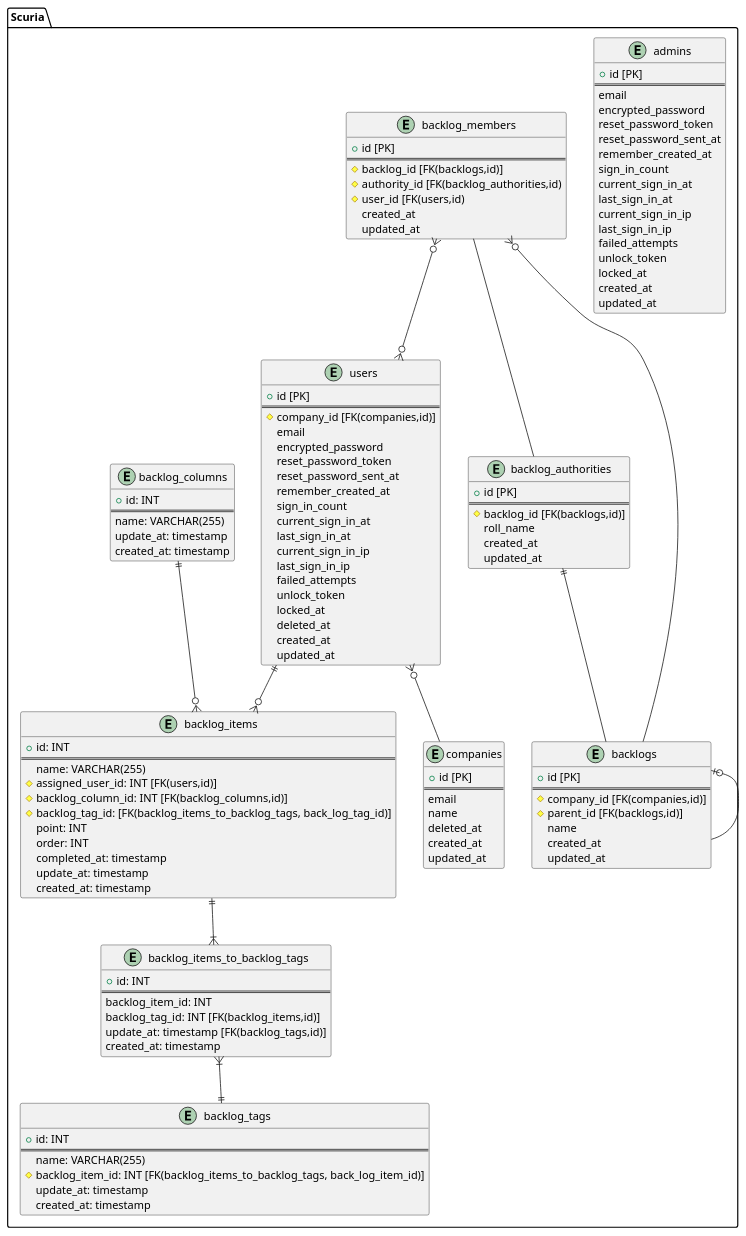
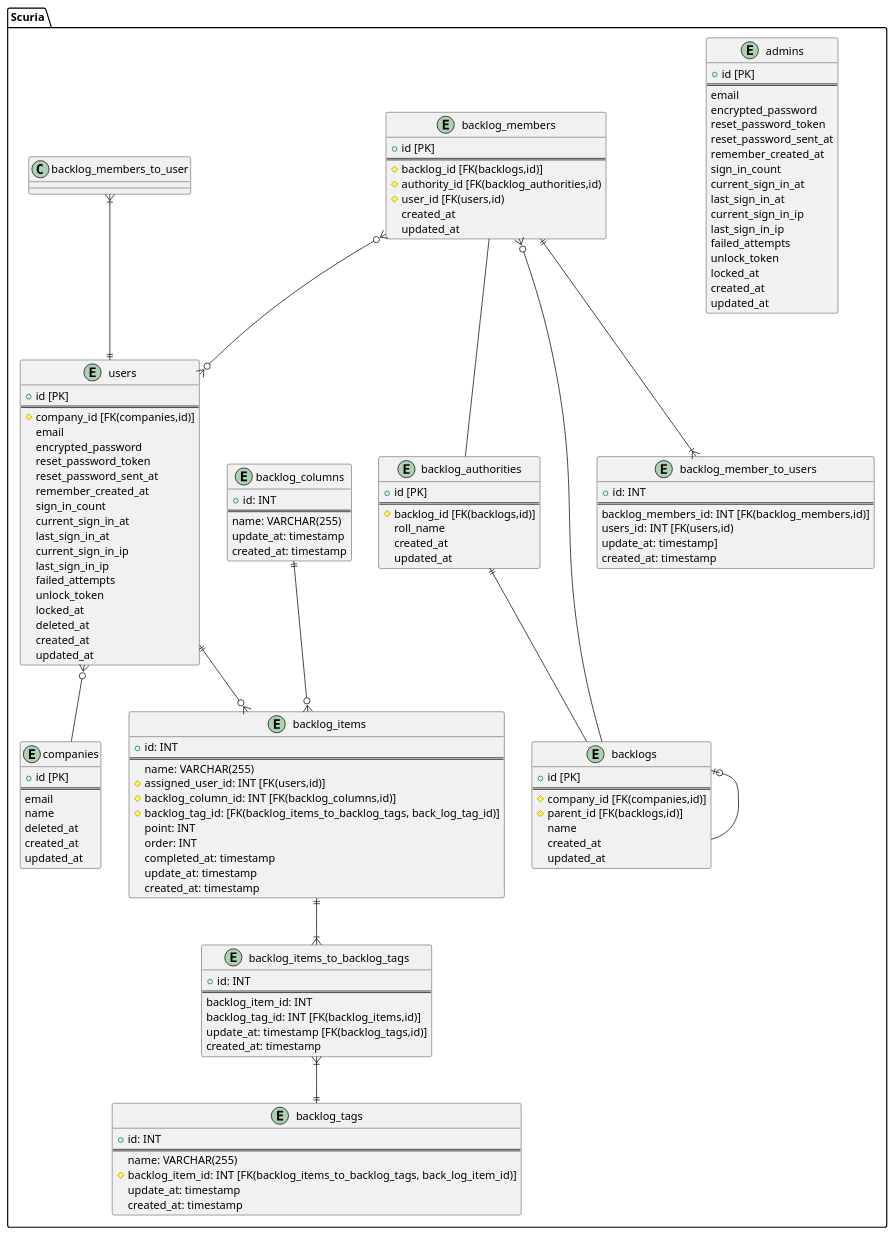
One commit to slill33/Scuria changed the diagram in docs/er.pu. Above: the diagram before and after it, drawn with PlantUML.

```diff
--- a/docs/er.pu
+++ b/docs/er.pu
@@ -1,150 +1,160 @@
 @startuml
 
 ' hide the spot
 ' hide circle
 
 ' avoid problems with angled crows feet
 ' skinparam linetype ortho
 
 
 package "Scuria" {
   entity "users" {
     + id [PK]
     ==
     # company_id [FK(companies,id)]
     email
     encrypted_password
     reset_password_token
     reset_password_sent_at
     remember_created_at
     sign_in_count
     current_sign_in_at
     last_sign_in_at
     current_sign_in_ip
     last_sign_in_ip
     failed_attempts
     unlock_token
     locked_at
     deleted_at
     created_at
     updated_at
   }
 
   entity "admins" {
     + id [PK]
     ==
     email
     encrypted_password
     reset_password_token
     reset_password_sent_at
     remember_created_at
     sign_in_count
     current_sign_in_at
     last_sign_in_at
     current_sign_in_ip
     last_sign_in_ip
     failed_attempts
     unlock_token
     locked_at
     created_at
     updated_at
   }
 
   entity "companies" {
     + id [PK]
     ==
     email
     name
     deleted_at
     created_at
     updated_at
   }
 
   entity "backlog_authorities" {
     + id [PK]
     ==
     # backlog_id [FK(backlogs,id)]
     roll_name
     created_at
     updated_at
   }
 
   entity "backlogs" {
     + id [PK]
     ==
     # company_id [FK(companies,id)]
     # parent_id [FK(backlogs,id)] 
     name
     created_at
     updated_at 
   }
 
   entity "backlog_members" {
     + id [PK]
     ==
     # backlog_id [FK(backlogs,id)]
     # authority_id [FK(backlog_authorities,id)
     # user_id [FK(users,id) 
     created_at
     updated_at
   }
 
   entity "backlog_columns" {
     +id: INT
     ==
     name: VARCHAR(255)
     update_at: timestamp
     created_at: timestamp
   }
   
   
   entity "backlog_items" {
     +id: INT
     ==
     name: VARCHAR(255)
     # assigned_user_id: INT [FK(users,id)]
     # backlog_column_id: INT [FK(backlog_columns,id)]
     # backlog_tag_id: [FK(backlog_items_to_backlog_tags, back_log_tag_id)]
     point: INT
     order: INT
     completed_at: timestamp
     update_at: timestamp
     created_at: timestamp
   }
   
   entity "backlog_items_to_backlog_tags" {
     +id: INT
     ==
     backlog_item_id: INT
     backlog_tag_id: INT [FK(backlog_items,id)]
     update_at: timestamp [FK(backlog_tags,id)]
     created_at: timestamp
   }
+  entity "backlog_member_to_users" {
+    +id: INT
+    ==
+    backlog_members_id: INT [FK(backlog_members,id)]
+    users_id: INT [FK(users,id)
+    update_at: timestamp]
+    created_at: timestamp
+  }
   
   entity "backlog_tags" {
     +id: INT
     ==
     name: VARCHAR(255)
     # backlog_item_id: INT [FK(backlog_items_to_backlog_tags, back_log_item_id)]
     update_at: timestamp
     created_at: timestamp
   }
 
 
   users }o-- companies
   backlog_authorities ||-- backlogs
   backlogs |o-- backlogs
   backlog_members }o-- backlogs
   backlog_members -- backlog_authorities
   backlog_members }o--o{ users
 
   users ||--o{ backlog_items
   
   backlog_columns ||--o{ backlog_items
   backlog_items ||--|{ backlog_items_to_backlog_tags
   backlog_items_to_backlog_tags }|--||backlog_tags
+  backlog_members ||--|{ backlog_member_to_users
+  backlog_members_to_user }|--||users
 
 }
 
 
 @enduml
```
